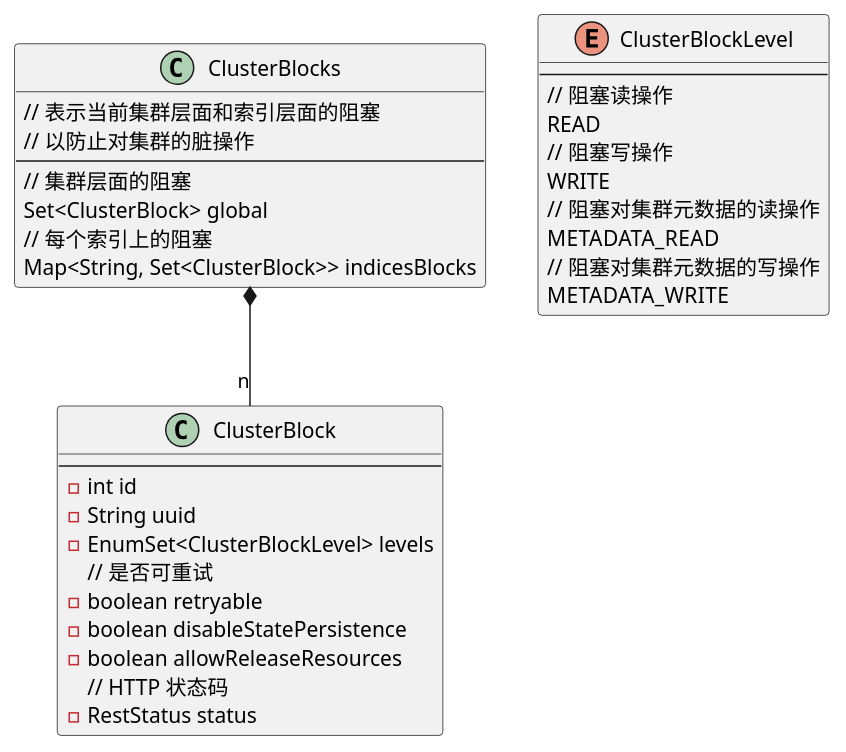
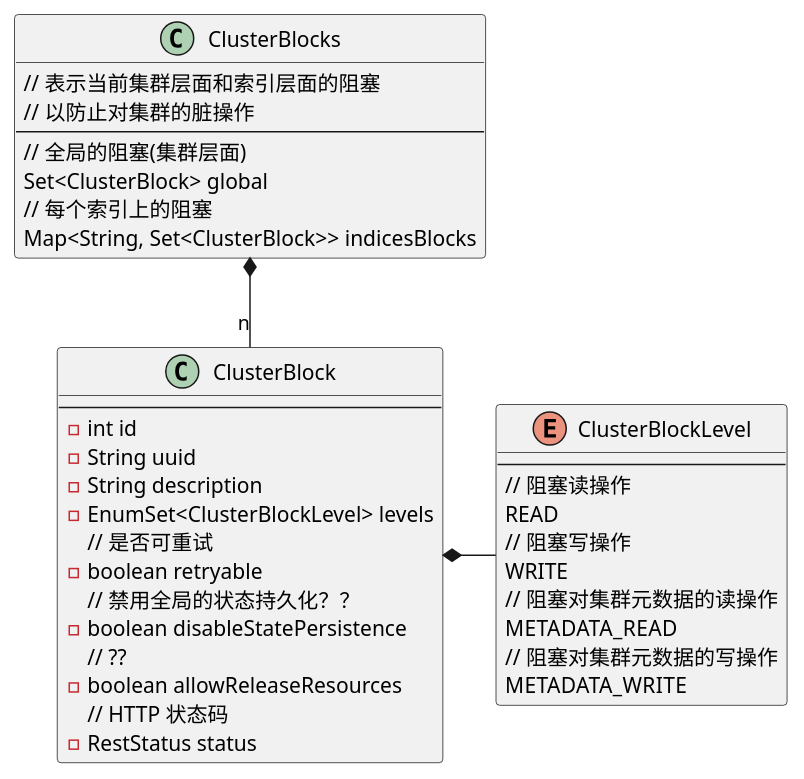
The diagram in zx_notes/notes/cluster模块/集群状态/ClusterBlocks类图.puml (zouxiang1993/es7.2.1), drawn with PlantUML before and after one commit. The commit also changed 3 other files, not shown here.

```diff
--- a/zx_notes/notes/cluster模块/集群状态/ClusterBlocks类图.puml
+++ b/zx_notes/notes/cluster模块/集群状态/ClusterBlocks类图.puml
@@ -1,40 +1,44 @@
 @startuml
 
 class ClusterBlocks {
     // 表示当前集群层面和索引层面的阻塞
     // 以防止对集群的脏操作
     ---
-    // 集群层面的阻塞
+    // 全局的阻塞(集群层面)
     Set<ClusterBlock> global
     // 每个索引上的阻塞
     Map<String, Set<ClusterBlock>> indicesBlocks
 }
 
 class ClusterBlock{
     ---
     -int id
     -String uuid
+    -String description
     -EnumSet<ClusterBlockLevel> levels
     // 是否可重试
     -boolean retryable
+    // 禁用全局的状态持久化？？
     -boolean disableStatePersistence
+    // ??
     -boolean allowReleaseResources
     // HTTP 状态码
     -RestStatus status
 }
 
 enum ClusterBlockLevel{
     ---
     // 阻塞读操作
     READ
     // 阻塞写操作
     WRITE
     // 阻塞对集群元数据的读操作
     METADATA_READ
     // 阻塞对集群元数据的写操作
     METADATA_WRITE
 }
 
 ClusterBlocks *-- "n" ClusterBlock
+ClusterBlock *-right-- ClusterBlockLevel
 
 @enduml
```
